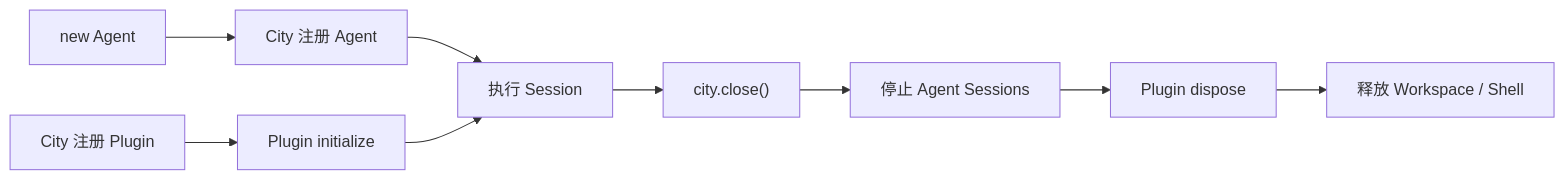
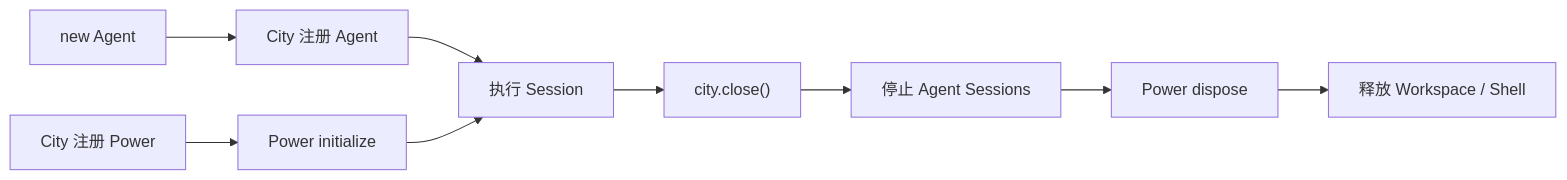
Before and after one commit to genesiscosmos/downcity: the second of 2 diagrams in homepage/content/docs/zh/agent/runtime-architecture.mdx, drawn with Mermaid. The commit also changed other lines of this file and 697 other files, not shown here.

First line of the commit message:
refactor(power): Plugin 词汇与文档路径全面收敛为 Power

````diff
--- a/homepage/content/docs/zh/agent/runtime-architecture.mdx
+++ b/homepage/content/docs/zh/agent/runtime-architecture.mdx
@@ -204,11 +204,11 @@
 ```mermaid
 flowchart LR
     Agent["new Agent"] --> Register["City 注册 Agent"]
-    Plugin["City 注册 Plugin"] --> Initialize["Plugin initialize"]
+    Power["City 注册 Power"] --> Initialize["Power initialize"]
     Register --> Running["执行 Session"]
     Initialize --> Running
     Running --> Close["city.close()"]
     Close --> Sessions["停止 Agent Sessions"]
-    Sessions --> Dispose["Plugin dispose"]
+    Sessions --> Dispose["Power dispose"]
     Dispose --> Workspace["释放 Workspace / Shell"]
 ```
````
